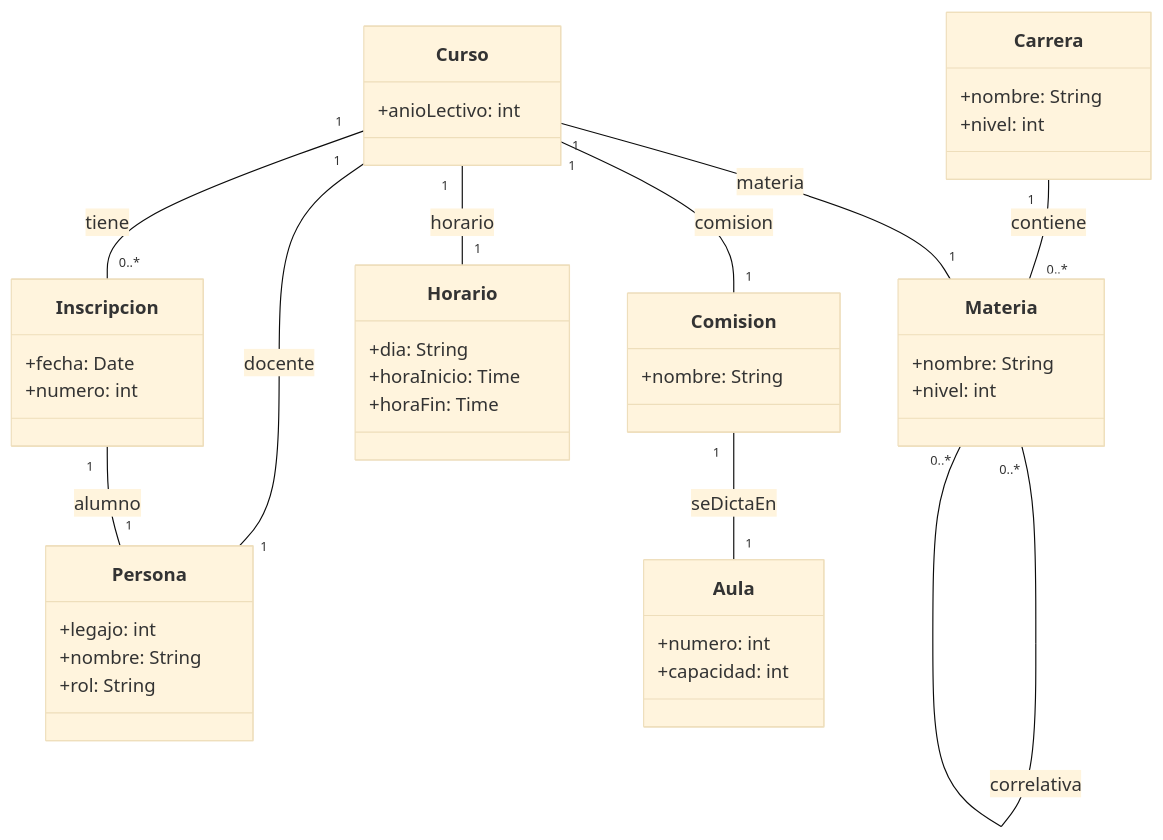
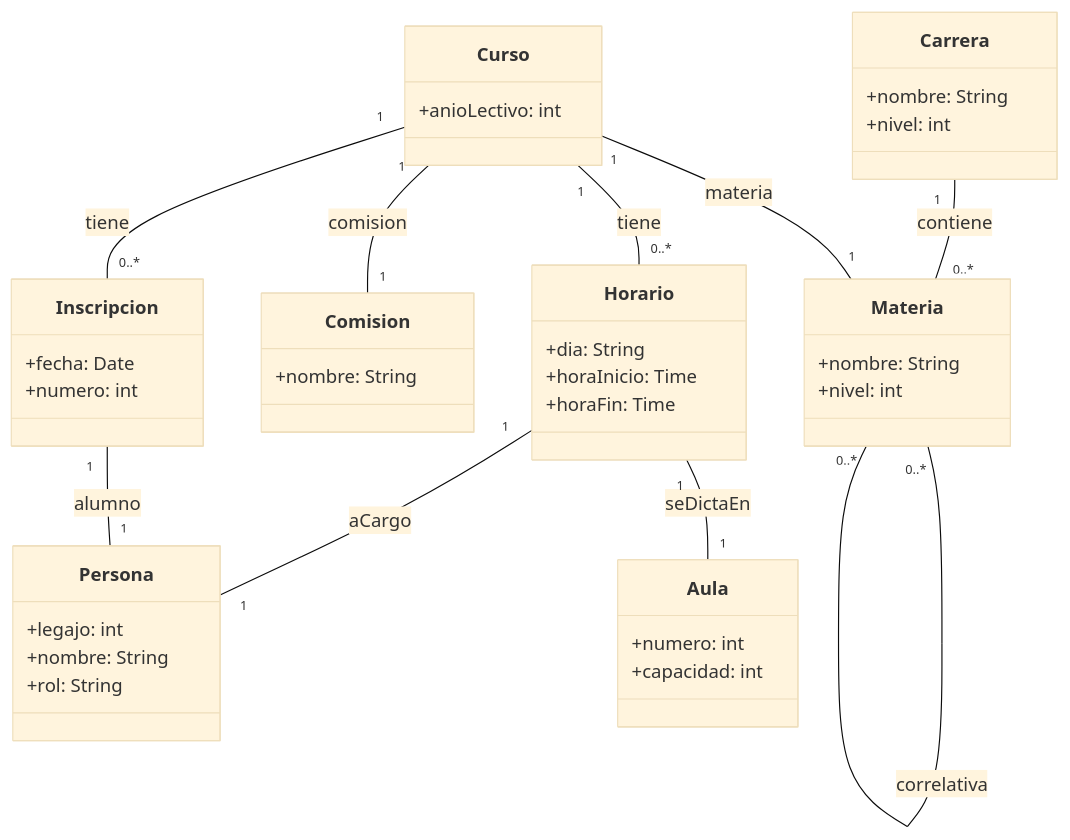
One commit to 100paleta/ParcialDisenio-intento1 changed the diagram in parcial1.md. Above: the diagram before and after it, drawn with Mermaid (base theme).

````diff
--- a/parcial1.md
+++ b/parcial1.md
@@ -1,54 +1,55 @@
 ```mermaid
 classDiagram
 class Carrera {
   +nombre: String
   +nivel: int
 }
 
 class Materia {
   +nombre: String
   +nivel: int
 }
 
 class Persona {
   +legajo: int
   +nombre: String
   +rol: String
 }
 
 class Aula {
   +numero: int
   +capacidad: int
 }
 
 class Comision {
   +nombre: String
 }
 
 class Curso {
   +anioLectivo: int
 }
 
 class Horario {
   +dia: String
   +horaInicio: Time
   +horaFin: Time
 }
 
 class Inscripcion {
   +fecha: Date
   +numero: int
 }
 
 Carrera "1" -- "0..*" Materia : contiene
 Materia "0..*" -- "0..*" Materia : correlativa
 
 Curso "1" -- "1" Materia : materia
 Curso "1" -- "1" Comision : comision
-Curso "1" -- "1" Horario : horario
 Curso "1" -- "0..*" Inscripcion : tiene
-Curso "1" -- "1" Persona : docente
+Curso "1" -- "0..*" Horario : tiene
 
-Comision "1" -- "1" Aula : seDictaEn
+Horario "1" -- "1" Aula : seDictaEn
+Horario "1" -- "1" Persona : aCargo
+
 Inscripcion "1" -- "1" Persona : alumno
 ```
````
